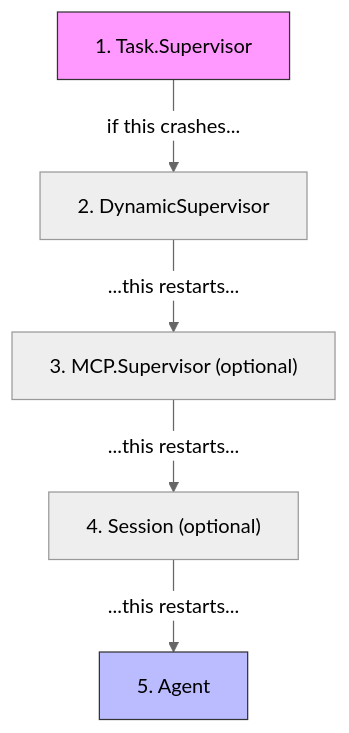
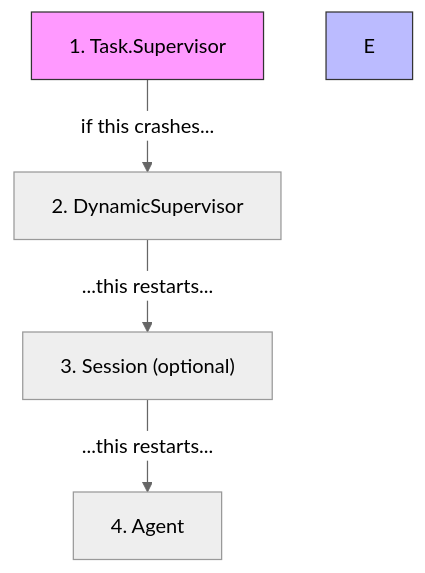
Before and after one commit to matteing/opal: the tenth of 10 diagrams in docs/supervision.md, drawn with Mermaid (neutral theme). The commit also changed other lines of this file and 52 other files, not shown here.

````diff
--- a/docs/supervision.md
+++ b/docs/supervision.md
@@ -407,10 +403,9 @@
 ```mermaid
 flowchart TD
     A["1. Task.Supervisor"] -->|"if this crashes..."| B["2. DynamicSupervisor"]
-    B -->|"...this restarts..."| C["3. MCP.Supervisor (optional)"]
-    C -->|"...this restarts..."| D["4. Session (optional)"]
-    D -->|"...this restarts..."| E["5. Agent"]
+    B -->|"...this restarts..."| C["3. Session (optional)"]
+    C -->|"...this restarts..."| D["4. Agent"]
 
     style A fill:#f9f,stroke:#333
     style E fill:#bbf,stroke:#333
 ```
````
